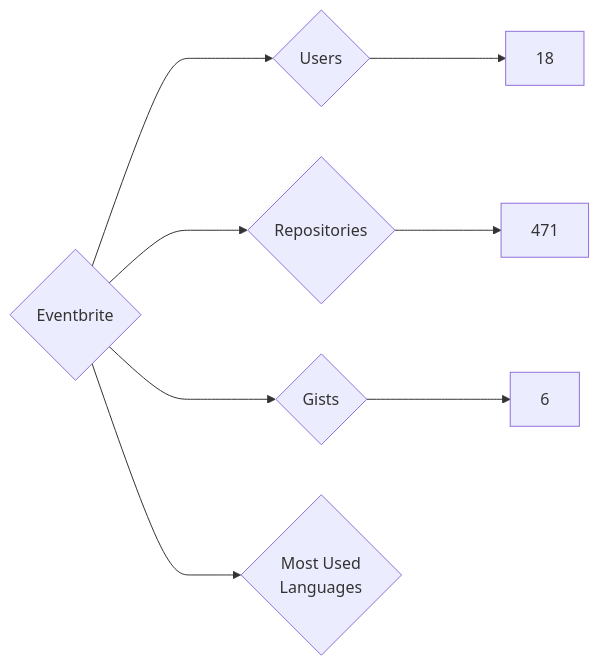
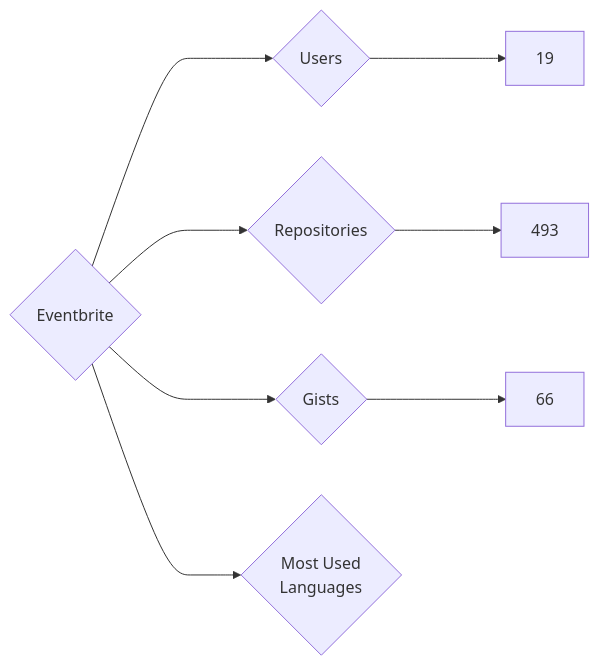
One commit to nenadzaric/insiders changed the diagram in targets/Eventbrite/README.md. Above: the diagram before and after it, drawn with Mermaid. The commit also changed 1342 other files, not shown here.

````diff
--- a/targets/Eventbrite/README.md
+++ b/targets/Eventbrite/README.md
@@ -3,8 +3,8 @@
 ```mermaid
 graph LR
 COMPANY_NAME{Eventbrite}
-COMPANY_NAME ---> U{Users} ---> UN[18]
-COMPANY_NAME ---> R{Repositories} ---> RN[471]
-COMPANY_NAME ---> G{Gists} ---> GN[6]
+COMPANY_NAME ---> U{Users} ---> UN[19]
+COMPANY_NAME ---> R{Repositories} ---> RN[493]
+COMPANY_NAME ---> G{Gists} ---> GN[66]
 COMPANY_NAME ---> ML{Most Used<br>Languages}
 ```
````
